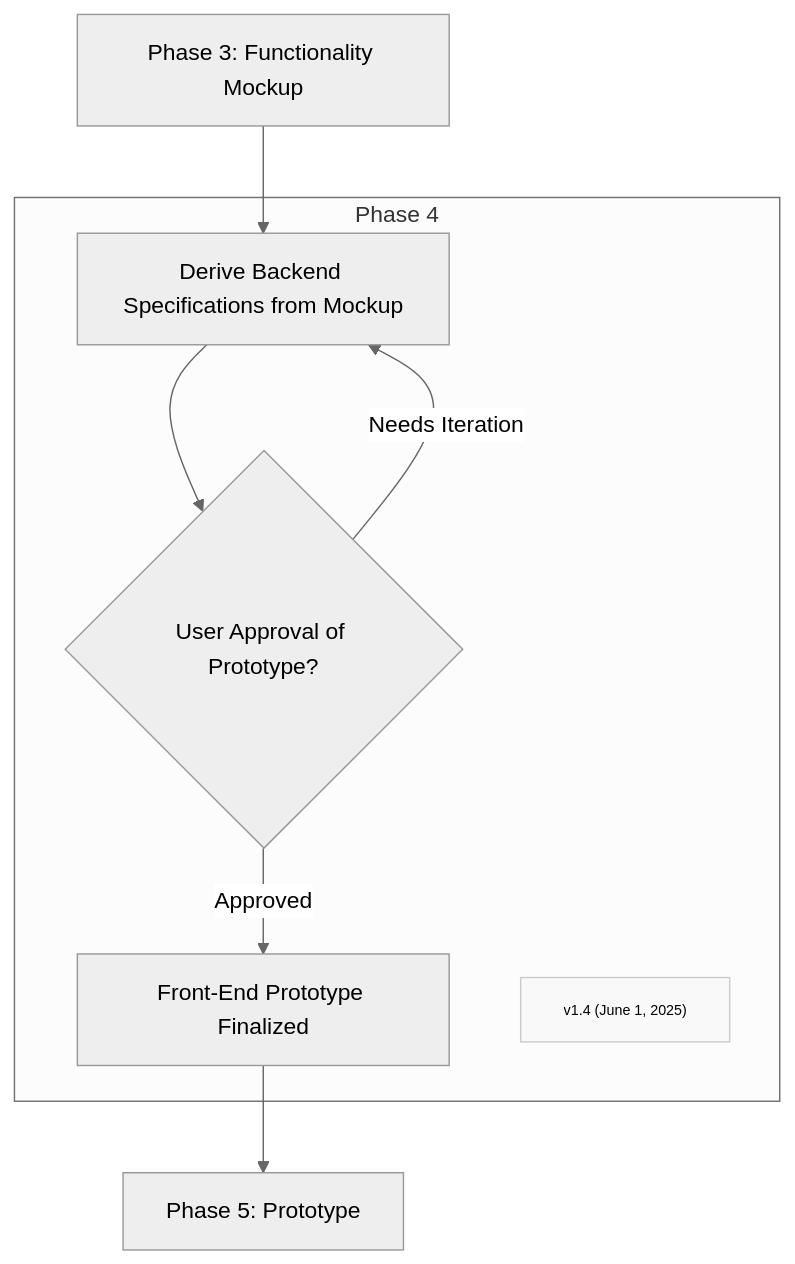
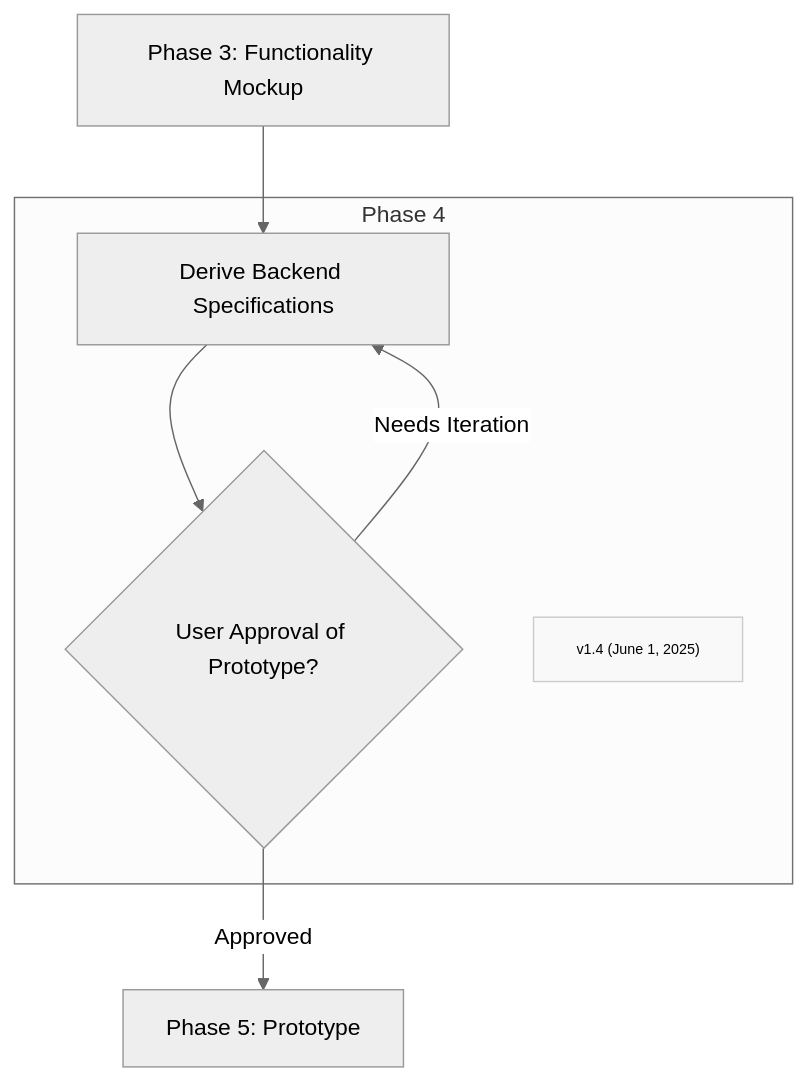
One commit to Mharbulous/Front-First-Method changed the diagram in Phases/FF-phase4.md. Above: the diagram before and after it, drawn with Mermaid (neutral theme).

Commit message:
Refine phase 4 diagram

````diff
--- a/Phases/FF-phase4.md
+++ b/Phases/FF-phase4.md
@@ -2,19 +2,19 @@
 ```mermaid
 graph TD
     
-B1["Phase 3: Functionality Mockup"]  --> B2["Derive Backend Specifications from Mockup"] 
+B1["Phase 3: Functionality Mockup"]  --> B2["Derive Backend Specifications"] 
 
     subgraph Phase4["Phase 4"]
         B2 --> B3_Val{"User Approval of Prototype?"}
         B3_Val -->|Needs Iteration| B2
-        B3_Val -->|Approved| C_Spec["Front-End Prototype Finalized"]
+        
         Version["v1.4 (June 1, 2025)"]
         classDef version fill:#f9f9f9,stroke:#ccc,font-size:10px
         class Version version
         
     end
 
-C_Spec["Front-End Prototype Finalized"] --> Phase5["Phase 5: Prototype"]
+B3_Val -->|Approved| Phase5["Phase 5: Prototype"]
 
 
 ```
````
